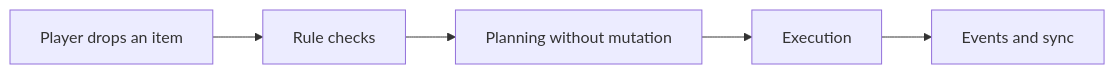
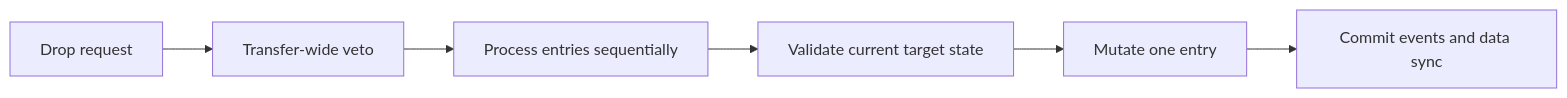
The diagram in .docs/content/architecture/transfer-pipeline.en.md (SergeevSergey99/DragAndDropSystem-Docs), drawn with Mermaid before and after one commit. The commit also changed other lines of this file and 32 other files, not shown here.

````diff
--- a/.docs/content/architecture/transfer-pipeline.en.md
+++ b/.docs/content/architecture/transfer-pipeline.en.md
@@ -17,7 +13,8 @@
 ```mermaid
 flowchart LR
-    A["Player drops an item"] --> B["Rule checks"]
-    B --> C["Planning without mutation"]
-    C --> D["Execution"]
-    D --> E["Events and sync"]
+    A["Drop request"] --> B["Transfer-wide veto"]
+    B --> C["Process entries sequentially"]
+    C --> D["Validate current target state"]
+    D --> E["Mutate one entry"]
+    E --> F["Commit events and data sync"]
 ```
````
